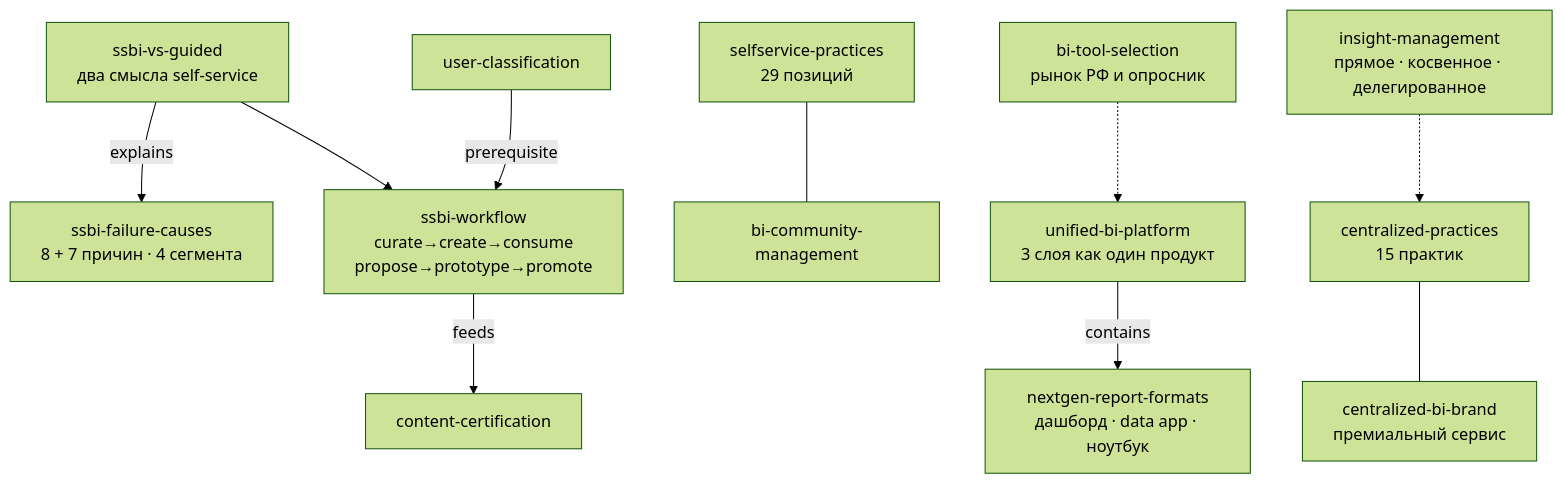
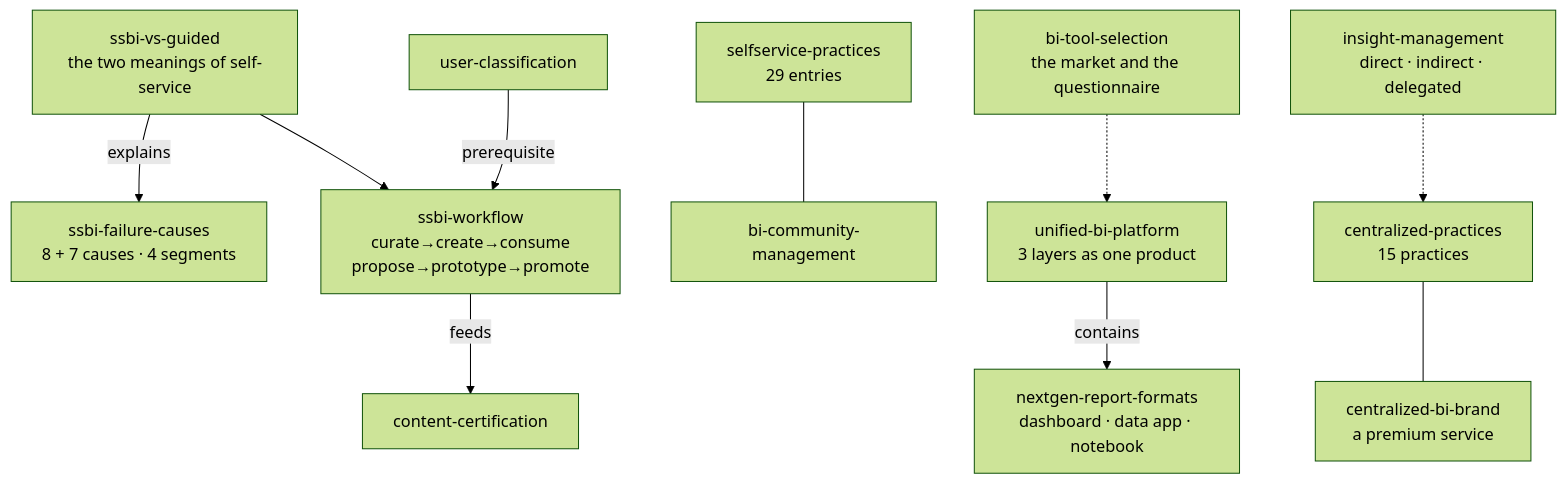
One commit to alexbarakov/BI-strategy-self-consulting-agent changed the sixth of 10 diagrams in references/kb/30-graph.md. Above: the diagram before and after it, drawn with Mermaid (forest theme). The commit also changed other lines of this file, not shown here.

Commit message:
Translate the visual theme graph (batch 3, part 2)

````diff
--- a/references/kb/30-graph.md
+++ b/references/kb/30-graph.md
@@ -150,12 +150,12 @@
 ```mermaid
 flowchart TB
-  SVG["ssbi-vs-guided<br/>два смысла self-service"] -->|explains| SFC["ssbi-failure-causes<br/>8 + 7 причин · 4 сегмента"]
+  SVG["ssbi-vs-guided<br/>the two meanings of self-service"] -->|explains| SFC["ssbi-failure-causes<br/>8 + 7 causes · 4 segments"]
   SVG --> WF["ssbi-workflow<br/>curate→create→consume<br/>propose→prototype→promote"]
   UC["user-classification"] -->|prerequisite| WF
   WF -->|feeds| CERT["content-certification"]
-  SSP["selfservice-practices<br/>29 позиций"] --- COM["bi-community-management"]
-  CP["centralized-practices<br/>15 практик"] --- BRAND["centralized-bi-brand<br/>премиальный сервис"]
-  PLAT["unified-bi-platform<br/>3 слоя как один продукт"] -->|contains| NG["nextgen-report-formats<br/>дашборд · data app · ноутбук"]
-  TOOL["bi-tool-selection<br/>рынок РФ и опросник"] -.-> PLAT
-  INS["insight-management<br/>прямое · косвенное · делегированное"] -.-> CP
+  SSP["selfservice-practices<br/>29 entries"] --- COM["bi-community-management"]
+  CP["centralized-practices<br/>15 practices"] --- BRAND["centralized-bi-brand<br/>a premium service"]
+  PLAT["unified-bi-platform<br/>3 layers as one product"] -->|contains| NG["nextgen-report-formats<br/>dashboard · data app · notebook"]
+  TOOL["bi-tool-selection<br/>the market and the questionnaire"] -.-> PLAT
+  INS["insight-management<br/>direct · indirect · delegated"] -.-> CP
 ```
````
